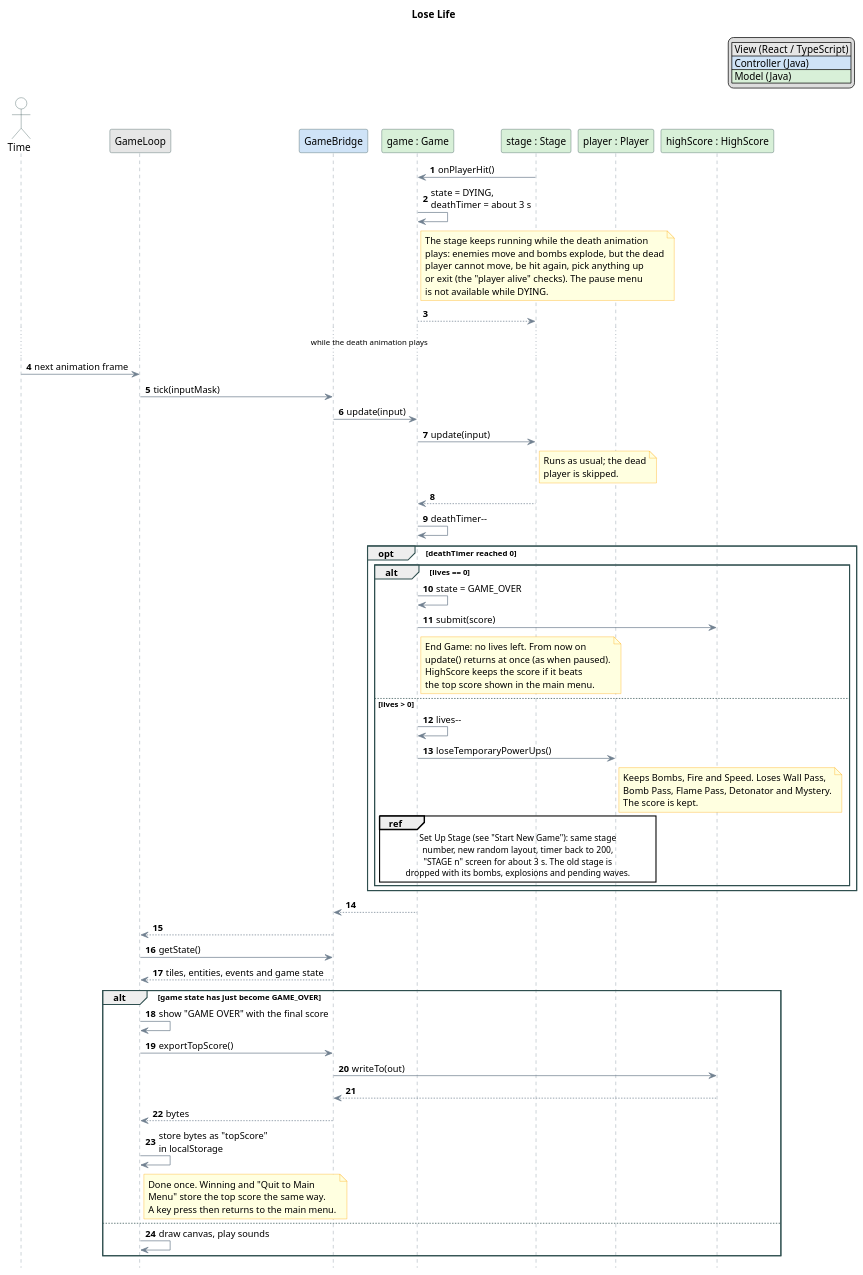
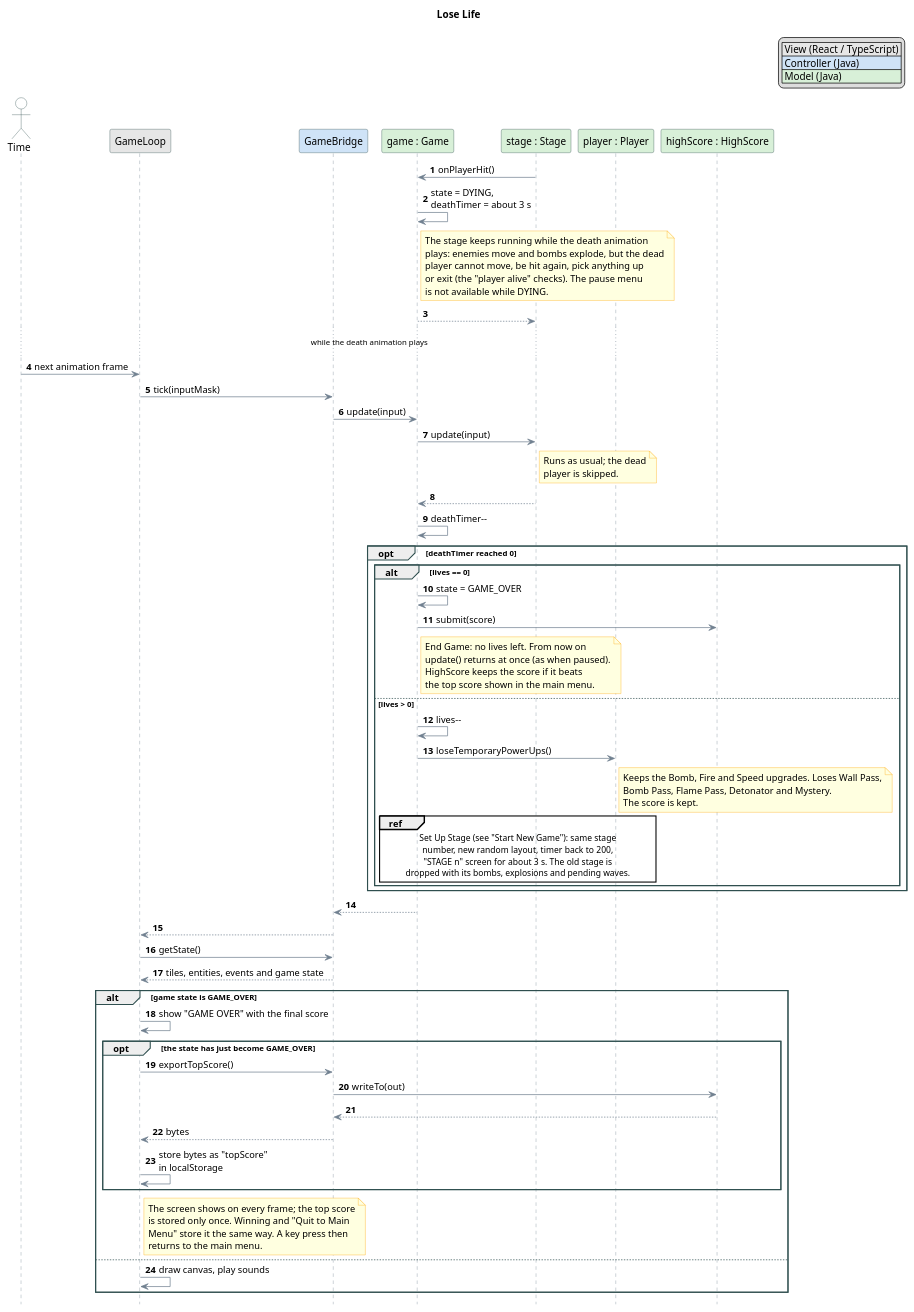
Before and after one commit to KamilDxD2/po2026: the diagram in projekt/uml/02-sekwencja-lose-life.puml, drawn with PlantUML. The commit also changed 8 other files, not shown here.

Commit message:
All sequence diagrams finished

```diff
--- a/projekt/uml/02-sekwencja-lose-life.puml
+++ b/projekt/uml/02-sekwencja-lose-life.puml
@@ -1,121 +1,124 @@
 @startuml
 title Lose Life
 
 hide footbox
 
 legend top right
   |<#E6E6E6> View (React / TypeScript) |
   |<#CFE3F7> Controller (Java) |
   |<#D8F0D8> Model (Java) |
 endlegend
 autonumber
 
 skinparam ParticipantBackgroundColor LightCyan
 skinparam ParticipantBorderColor DarkSlateGray
 skinparam ActorBackgroundColor White
 skinparam ActorBorderColor DarkSlateGray
 skinparam ArrowColor SlateGray
 skinparam SequenceLifeLineBorderColor SlateGray
 skinparam SequenceGroupBorderColor DarkSlateGray
 skinparam DefaultFontName Arial
 skinparam note {
     BackgroundColor LightYellow
     BorderColor Orange
 }
 
 ' ==========================================
 ' Participants, coloured by MVC layer as in "Explode Bomb" (see legend).
 ' Starts where "Move Bomberman" and "Explode Bomb" end: the stage has
 ' just called player.die() and reports it to the game. Includes the
 ' extension "End Game" (no lives left).
 ' ==========================================
 actor "Time" as time
 
 participant "GameLoop" as view #E6E6E6
 
 participant "GameBridge" as bridge #CFE3F7
 
 participant "game : Game" as game #D8F0D8
 participant "stage : Stage" as stage #D8F0D8
 participant "player : Player" as player #D8F0D8
 participant "highScore : HighScore" as high #D8F0D8
 
 ' ==========================================
 ' 1. The death is reported (within the tick in which it happens)
 ' ==========================================
 stage -> game : onPlayerHit()
 game -> game : state = DYING,\ndeathTimer = about 3 s
 note right of game
   The stage keeps running while the death animation
   plays: enemies move and bombs explode, but the dead
   player cannot move, be hit again, pick anything up
   or exit (the "player alive" checks). The pause menu
   is not available while DYING.
 end note
 game --> stage
 
 ... while the death animation plays ...
 
 ' ==========================================
 ' 2. Every later tick counts the animation down
 ' ==========================================
 time -> view : next animation frame
 view -> bridge : tick(inputMask)
 bridge -> game : update(input)
 game -> stage : update(input)
 note right of stage : Runs as usual; the dead\nplayer is skipped.
 stage --> game
 game -> game : deathTimer--
 
 opt deathTimer reached 0
     alt lives == 0
         game -> game : state = GAME_OVER
         game -> high : submit(score)
         note right of game
           End Game: no lives left. From now on
           update() returns at once (as when paused).
           HighScore keeps the score if it beats
           the top score shown in the main menu.
         end note
     else lives > 0
         game -> game : lives--
         game -> player : loseTemporaryPowerUps()
         note right of player
-          Keeps Bombs, Fire and Speed. Loses Wall Pass,
+          Keeps the Bomb, Fire and Speed upgrades. Loses Wall Pass,
           Bomb Pass, Flame Pass, Detonator and Mystery.
           The score is kept.
         end note
         ref over game, player
           Set Up Stage (see "Start New Game"): same stage
           number, new random layout, timer back to 200,
           "STAGE n" screen for about 3 s. The old stage is
           dropped with its bombs, explosions and pending waves.
         end ref
     end
 end
 
 game --> bridge
 bridge --> view
 
 ' ==========================================
 ' 3. The view shows the result
 ' ==========================================
 view -> bridge : getState()
 bridge --> view : tiles, entities, events and game state
-alt game state has just become GAME_OVER
+alt game state is GAME_OVER
     view -> view : show "GAME OVER" with the final score
-    view -> bridge : exportTopScore()
-    bridge -> high : writeTo(out)
-    high --> bridge
-    bridge --> view : bytes
-    view -> view : store bytes as "topScore"\nin localStorage
+    opt the state has just become GAME_OVER
+        view -> bridge : exportTopScore()
+        bridge -> high : writeTo(out)
+        high --> bridge
+        bridge --> view : bytes
+        view -> view : store bytes as "topScore"\nin localStorage
+    end
     note right of view
-      Done once. Winning and "Quit to Main
-      Menu" store the top score the same way.
-      A key press then returns to the main menu.
+      The screen shows on every frame; the top score
+      is stored only once. Winning and "Quit to Main
+      Menu" store it the same way. A key press then
+      returns to the main menu.
     end note
 else
     view -> view : draw canvas, play sounds
 end
 
 @enduml
```
